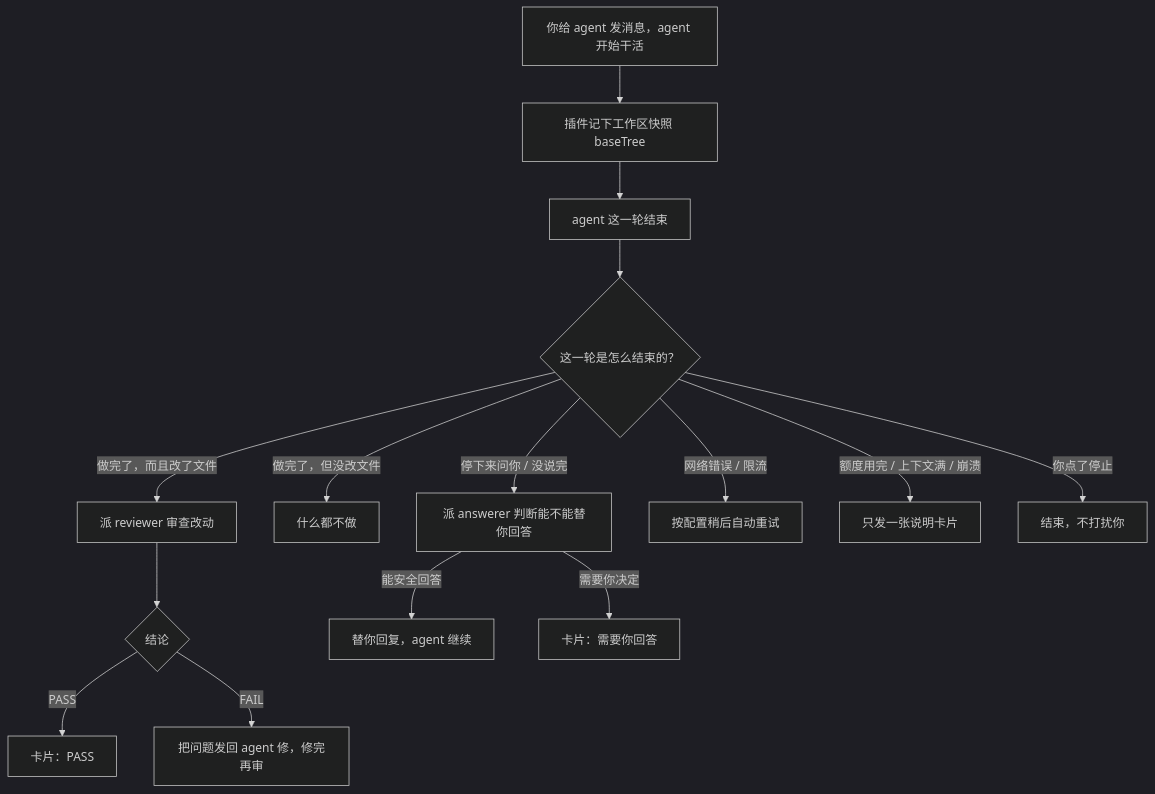
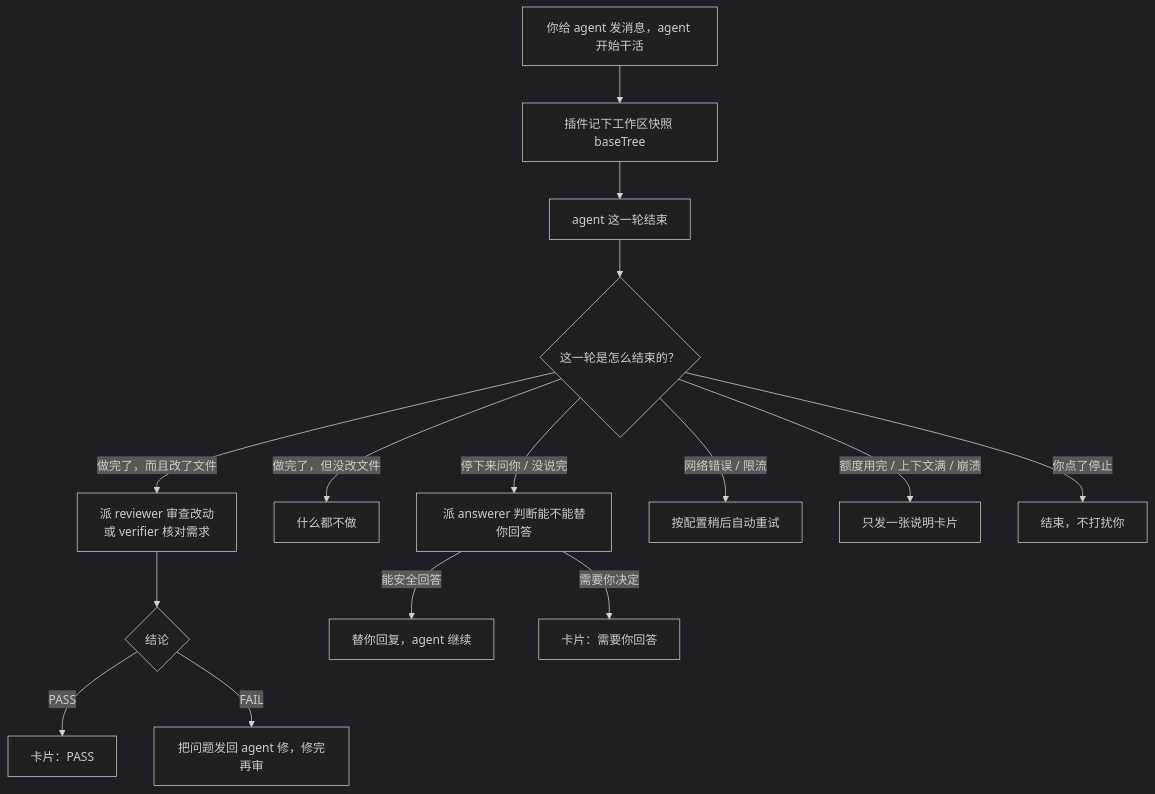
The first of 12 diagrams in docs/workflow.md (XUJiahua/paseo-post-turn-gate-plugin), drawn with Mermaid (dark theme) before and after one commit. The commit also changed other lines of this file and 3 other files, not shown here.

````diff
--- a/docs/workflow.md
+++ b/docs/workflow.md
@@ -21,17 +20,17 @@
 ```mermaid
 flowchart TD
   A[你给 agent 发消息，agent 开始干活] --> B[插件记下工作区快照 baseTree]
   B --> C[agent 这一轮结束]
   C --> D{这一轮是怎么结束的？}
-  D -- 做完了，而且改了文件 --> R[派 reviewer 审查改动]
+  D -- 做完了，而且改了文件 --> R[派 reviewer 审查改动<br/>或 verifier 核对需求]
   D -- 做完了，但没改文件 --> N[什么都不做]
   D -- 停下来问你 / 没说完 --> Q[派 answerer 判断能不能替你回答]
   D -- 网络错误 / 限流 --> T[按配置稍后自动重试]
   D -- 额度用完 / 上下文满 / 崩溃 --> X[只发一张说明卡片]
   D -- 你点了停止 --> S[结束，不打扰你]
   R --> V{结论}
   V -- PASS --> P[卡片：PASS]
   V -- FAIL --> F[把问题发回 agent 修，修完再审]
   Q -- 能安全回答 --> AQ[替你回复，agent 继续]
   Q -- 需要你决定 --> U[卡片：需要你回答]
 ```
````
